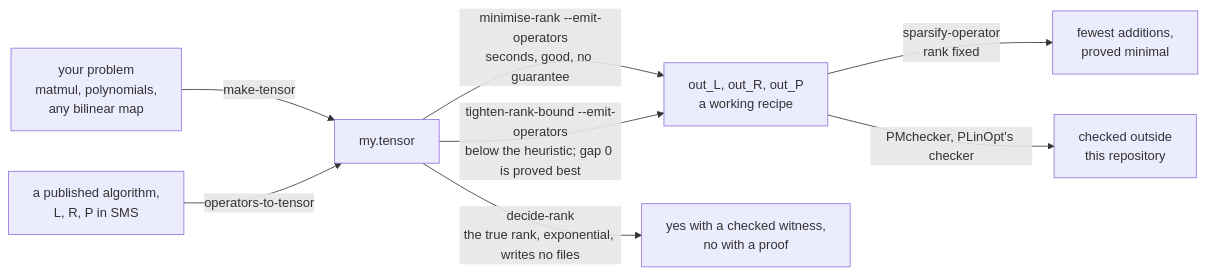
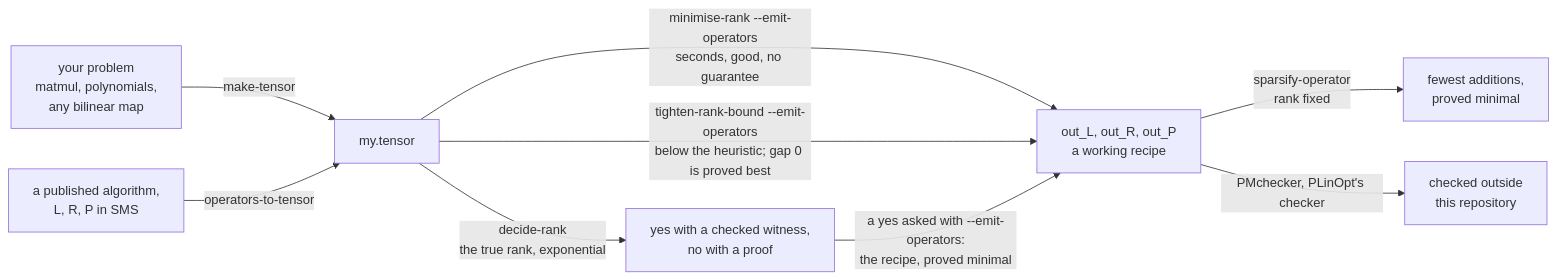
Before and after one commit to Tewf/tensor-rank-toolkit: the diagram in README.md, drawn with Mermaid. The commit also changed 11 other files, not shown here.

First line of the commit message:
Let decide-rank hand over the witness it already verified

````diff
--- a/README.md
+++ b/README.md
@@ -88,10 +88,11 @@
 ```mermaid
 flowchart LR
     problem["your problem<br/>matmul, polynomials,<br/>any bilinear map"] -->|"make-tensor"| tensor["my.tensor"]
     published["a published algorithm,<br/>L, R, P in SMS"] -->|"operators-to-tensor"| tensor
     tensor -->|"minimise-rank --emit-operators<br/>seconds, good, no guarantee"| recipe["out_L, out_R, out_P<br/>a working recipe"]
     tensor -->|"tighten-rank-bound --emit-operators<br/>below the heuristic; gap 0 is proved best"| recipe
-    tensor -->|"decide-rank<br/>the true rank, exponential, writes no files"| verdict["yes with a checked witness,<br/>no with a proof"]
+    tensor -->|"decide-rank<br/>the true rank, exponential"| verdict["yes with a checked witness,<br/>no with a proof"]
+    verdict -->|"a yes asked with --emit-operators:<br/>the recipe, proved minimal"| recipe
     recipe -->|"sparsify-operator<br/>rank fixed"| sparse["fewest additions,<br/>proved minimal"]
     recipe -->|"PMchecker, PLinOpt's checker"| outside["checked outside<br/>this repository"]
 ```
````
